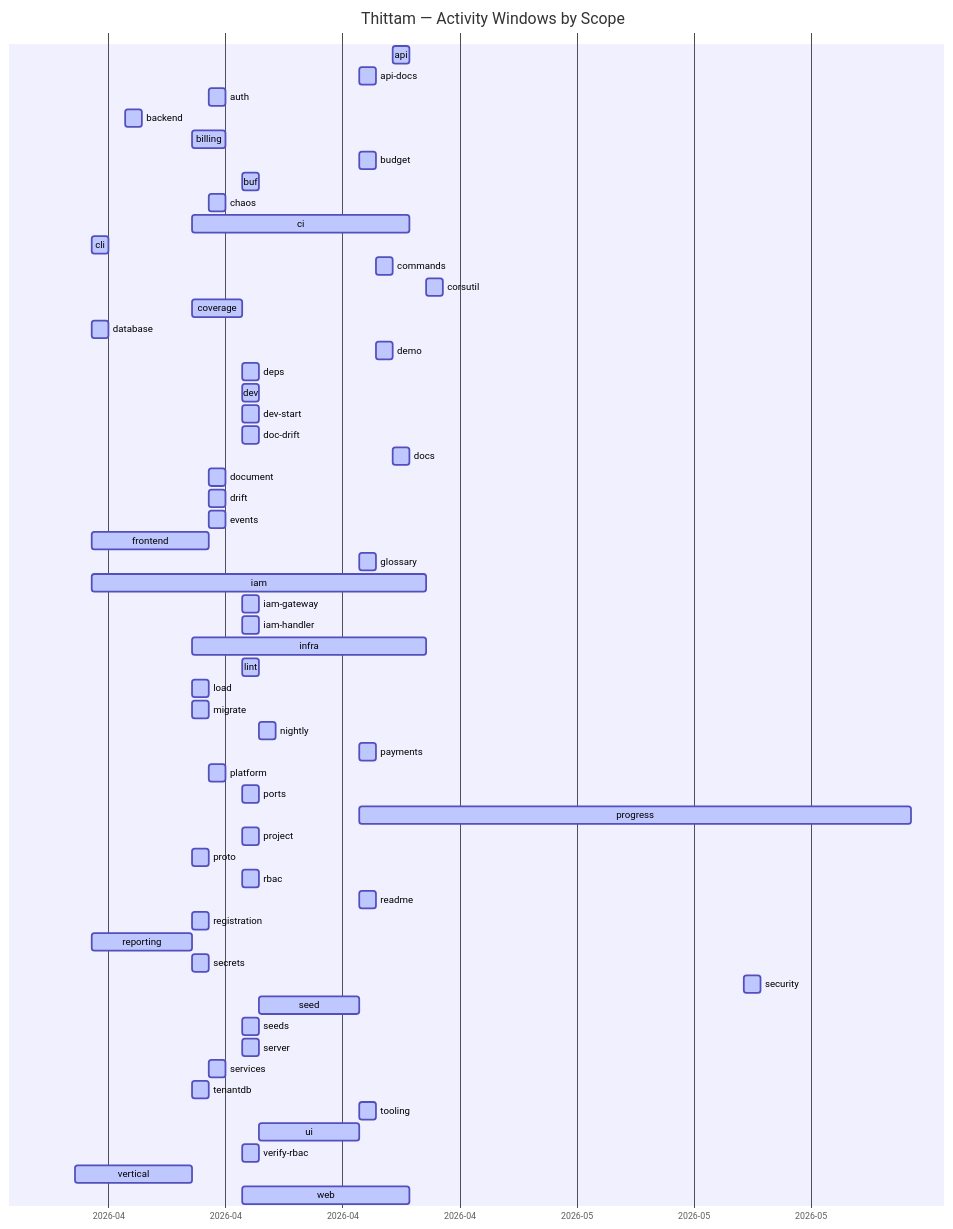
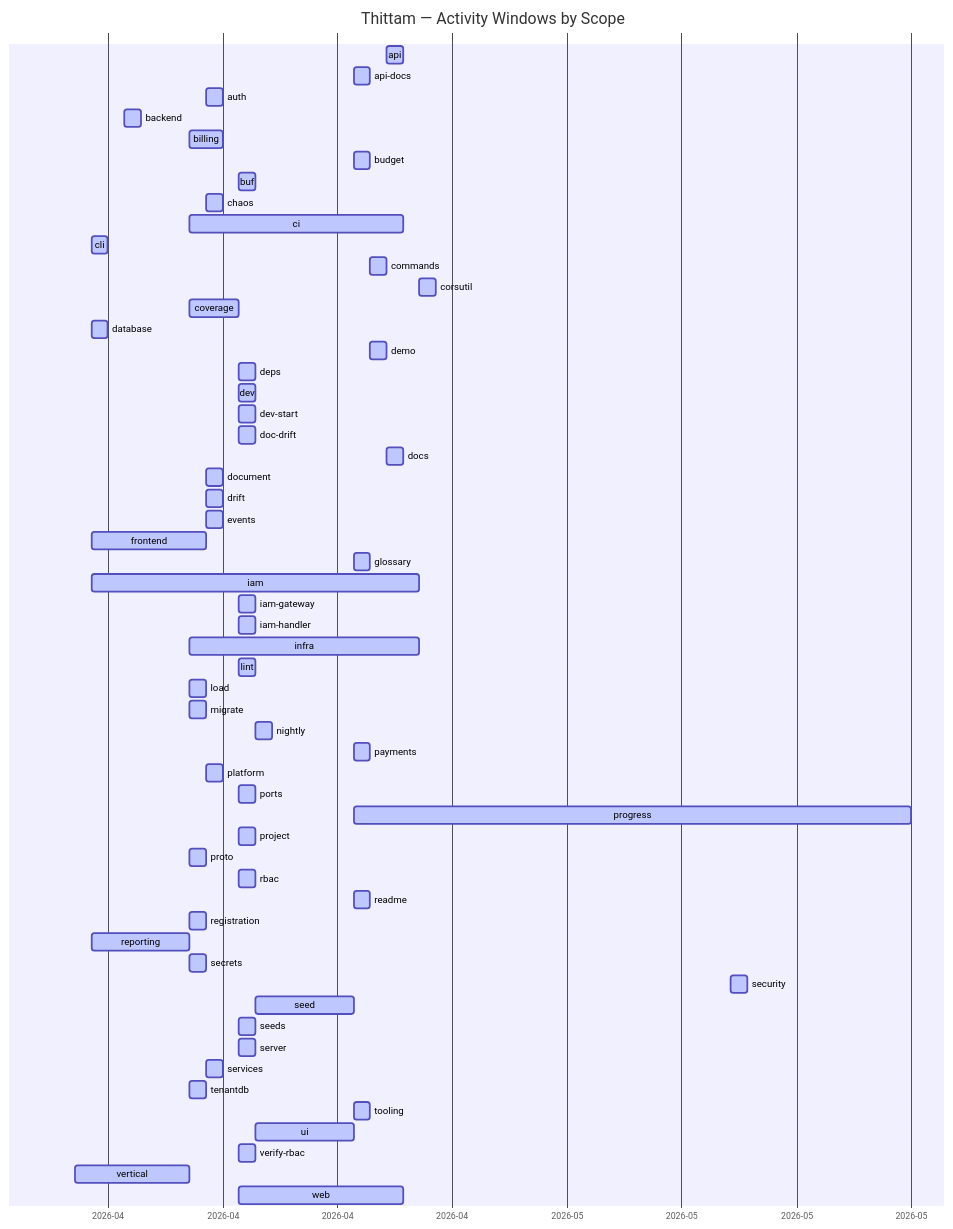
Before and after one commit to wegofwd2020-hub/thittam: the diagram in docs/PROGRESS.md, drawn with Mermaid. The commit also changed other lines of this file and 1 other file, not shown here.

Commit message:
chore(progress): nightly update of docs/PROGRESS.md + CSVs

````diff
--- a/docs/PROGRESS.md
+++ b/docs/PROGRESS.md
@@ -9,61 +9,61 @@
 ```mermaid
 gantt
     title Thittam — Activity Windows by Scope
     dateFormat YYYY-MM-DD
     axisFormat %Y-%m
     api                :active, s_api, 2026-04-22, 2026-04-23
     api-docs           :active, s_api_docs, 2026-04-20, 2026-04-21
     auth               :active, s_auth, 2026-04-11, 2026-04-12
     backend            :active, s_backend, 2026-04-06, 2026-04-07
     billing            :active, s_billing, 2026-04-10, 2026-04-12
     budget             :active, s_budget, 2026-04-20, 2026-04-21
     buf                :active, s_buf, 2026-04-13, 2026-04-14
     chaos              :active, s_chaos, 2026-04-11, 2026-04-12
     ci                 :active, s_ci, 2026-04-10, 2026-04-23
     cli                :active, s_cli, 2026-04-04, 2026-04-05
     commands           :active, s_commands, 2026-04-21, 2026-04-22
     corsutil           :active, s_corsutil, 2026-04-24, 2026-04-25
     coverage           :active, s_coverage, 2026-04-10, 2026-04-13
     database           :active, s_database, 2026-04-04, 2026-04-05
     demo               :active, s_demo, 2026-04-21, 2026-04-22
     deps               :active, s_deps, 2026-04-13, 2026-04-14
     dev                :active, s_dev, 2026-04-13, 2026-04-14
     dev-start          :active, s_dev_start, 2026-04-13, 2026-04-14
     doc-drift          :active, s_doc_drift, 2026-04-13, 2026-04-14
     docs               :active, s_docs, 2026-04-22, 2026-04-23
     document           :active, s_document, 2026-04-11, 2026-04-12
     drift              :active, s_drift, 2026-04-11, 2026-04-12
     events             :active, s_events, 2026-04-11, 2026-04-12
     frontend           :active, s_frontend, 2026-04-04, 2026-04-11
     glossary           :active, s_glossary, 2026-04-20, 2026-04-21
     iam                :active, s_iam, 2026-04-04, 2026-04-24
     iam-gateway        :active, s_iam_gateway, 2026-04-13, 2026-04-14
     iam-handler        :active, s_iam_handler, 2026-04-13, 2026-04-14
     infra              :active, s_infra, 2026-04-10, 2026-04-24
     lint               :active, s_lint, 2026-04-13, 2026-04-14
     load               :active, s_load, 2026-04-10, 2026-04-11
     migrate            :active, s_migrate, 2026-04-10, 2026-04-11
     nightly            :active, s_nightly, 2026-04-14, 2026-04-15
     payments           :active, s_payments, 2026-04-20, 2026-04-21
     platform           :active, s_platform, 2026-04-11, 2026-04-12
     ports              :active, s_ports, 2026-04-13, 2026-04-14
-    progress           :active, s_progress, 2026-04-20, 2026-05-23
+    progress           :active, s_progress, 2026-04-20, 2026-05-24
     project            :active, s_project, 2026-04-13, 2026-04-14
     proto              :active, s_proto, 2026-04-10, 2026-04-11
     rbac               :active, s_rbac, 2026-04-13, 2026-04-14
     readme             :active, s_readme, 2026-04-20, 2026-04-21
     registration       :active, s_registration, 2026-04-10, 2026-04-11
     reporting          :active, s_reporting, 2026-04-04, 2026-04-10
     secrets            :active, s_secrets, 2026-04-10, 2026-04-11
     security           :active, s_security, 2026-05-13, 2026-05-14
     seed               :active, s_seed, 2026-04-14, 2026-04-20
     seeds              :active, s_seeds, 2026-04-13, 2026-04-14
     server             :active, s_server, 2026-04-13, 2026-04-14
     services           :active, s_services, 2026-04-11, 2026-04-12
     tenantdb           :active, s_tenantdb, 2026-04-10, 2026-04-11
     tooling            :active, s_tooling, 2026-04-20, 2026-04-21
     ui                 :active, s_ui, 2026-04-14, 2026-04-20
     verify-rbac        :active, s_verify_rbac, 2026-04-13, 2026-04-14
     vertical           :active, s_vertical, 2026-04-03, 2026-04-10
     web                :active, s_web, 2026-04-13, 2026-04-23
 ```
````
